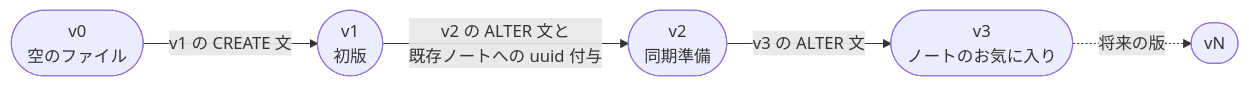
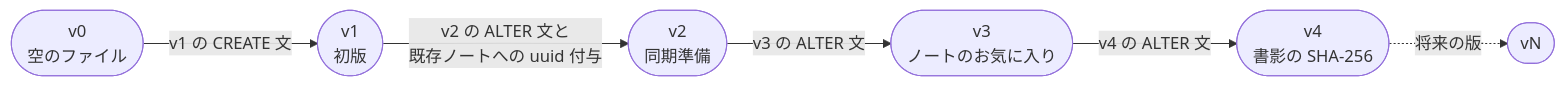
Before and after one commit to colophonbooks/colophon: the sixth of 13 diagrams in docs/design/detail-design.ja.md, drawn with Mermaid. The commit also changed other lines of this file and 7 other files, not shown here.

````diff
--- a/docs/design/detail-design.ja.md
+++ b/docs/design/detail-design.ja.md
@@ -632,7 +708,8 @@
 ```mermaid
 flowchart LR
     v0(["v0<br/>空のファイル"]) -- "v1 の CREATE 文" --> v1(["v1<br/>初版"])
     v1 -- "v2 の ALTER 文と<br/>既存ノートへの uuid 付与" --> v2(["v2<br/>同期準備"])
     v2 -- "v3 の ALTER 文" --> v3(["v3<br/>ノートのお気に入り"])
-    v3 -. "将来の版" .-> vn(["vN"])
+    v3 -- "v4 の ALTER 文" --> v4(["v4<br/>書影の SHA-256"])
+    v4 -. "将来の版" .-> vn(["vN"])
 ```
````
